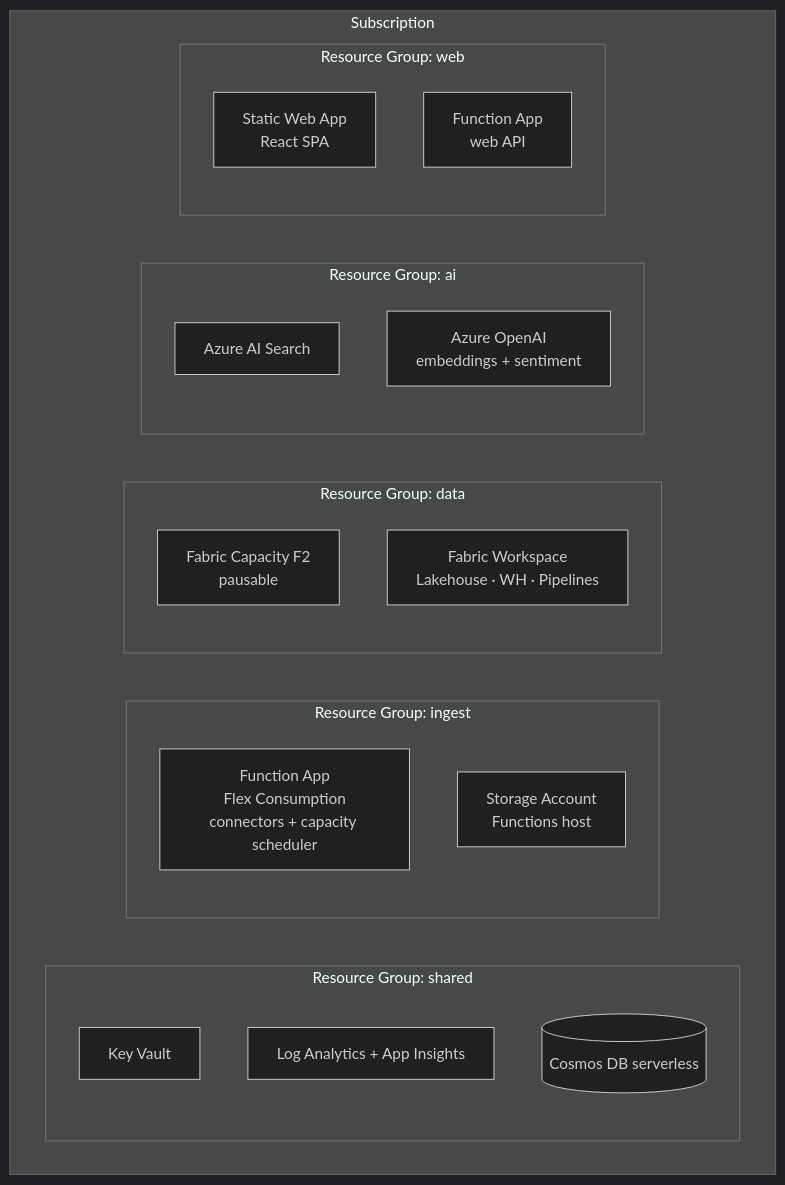
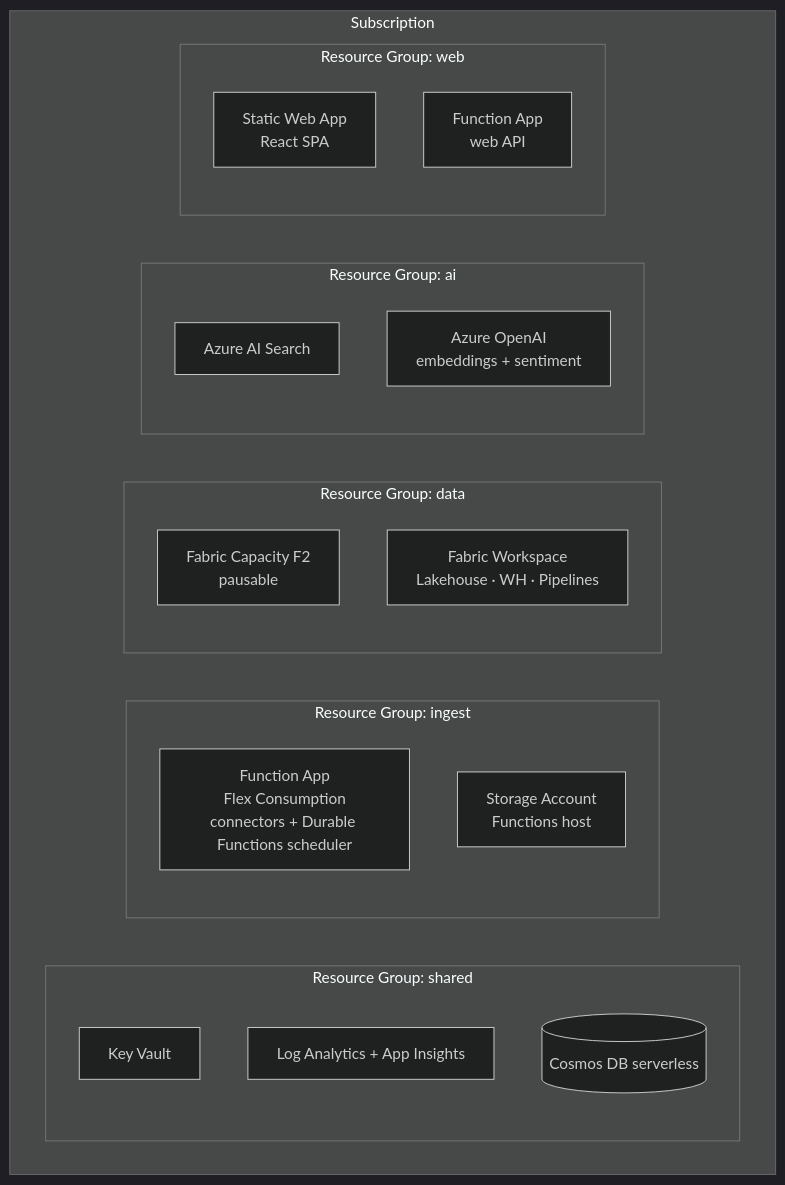
Before and after one commit to francesco-sodano/auspex: the fourth of 4 diagrams in doc/arc42-auspex.md, drawn with Mermaid (dark theme). The commit also changed other lines of this file and 26 other files, not shown here.

````diff
--- a/doc/arc42-auspex.md
+++ b/doc/arc42-auspex.md
@@ -668,26 +699,26 @@
 ```mermaid
 flowchart TB
   subgraph Subscription
-    subgraph RG-fip-shared ["Resource Group: shared"]
+    subgraph RG-auspex-shared ["Resource Group: shared"]
       KV[Key Vault]
       MON[Log Analytics + App Insights]
       COSMOS[(Cosmos DB serverless)]
     end
-    subgraph RG-fip-ingest ["Resource Group: ingest"]
-      FUNC[Function App<br/>Flex Consumption<br/>connectors + capacity scheduler]
+    subgraph RG-auspex-ingest ["Resource Group: ingest"]
+      FUNC[Function App<br/>Flex Consumption<br/>connectors + Durable Functions scheduler]
       ST[Storage Account<br/>Functions host]
     end
-    subgraph RG-fip-data ["Resource Group: data"]
+    subgraph RG-auspex-data ["Resource Group: data"]
       FAB[Fabric Capacity F2<br/>pausable]
       WS[Fabric Workspace<br/>Lakehouse · WH · Pipelines]
     end
-    subgraph RG-fip-ai ["Resource Group: ai"]
+    subgraph RG-auspex-ai ["Resource Group: ai"]
       AIS[Azure AI Search]
       AOAI[Azure OpenAI<br/>embeddings + sentiment]
     end
-    subgraph RG-fip-web ["Resource Group: web"]
+    subgraph RG-auspex-web ["Resource Group: web"]
       SWA[Static Web App<br/>React SPA]
       WAPI[Function App<br/>web API]
     end
   end
 ```
````
